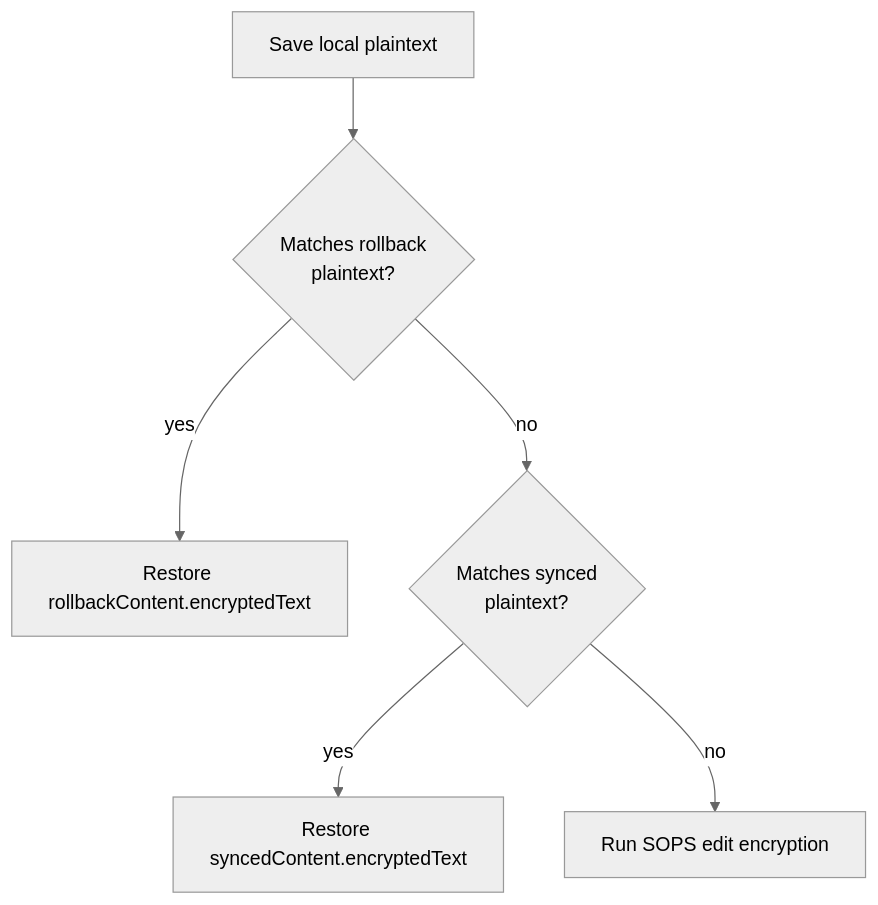
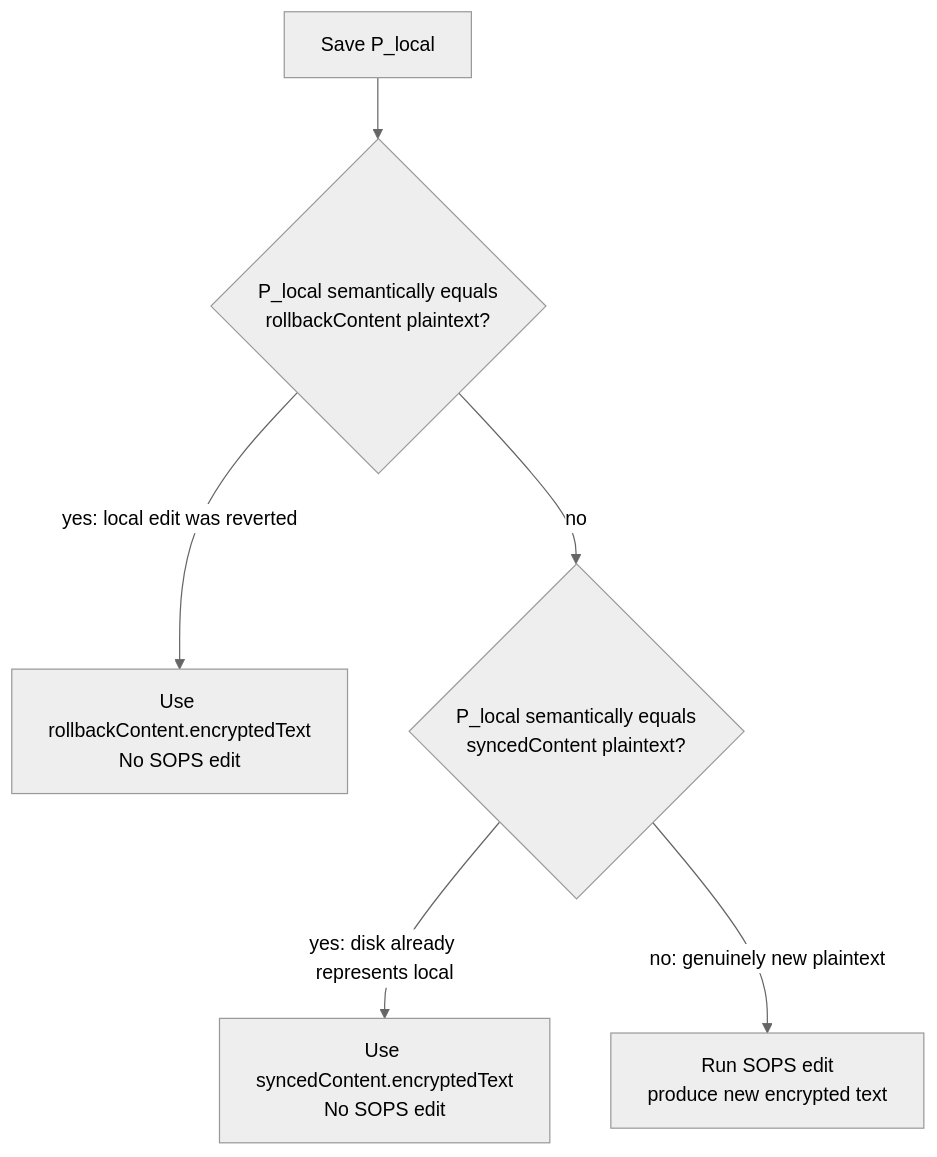
One commit to Blarc/sops-intellij-plugin changed the sixth of 6 diagrams in src/main/kotlin/com/github/blarc/sops/intellij/plugin/providers/README.md. Above: the diagram before and after it, drawn with Mermaid (neutral theme). The commit also changed other lines of this file and 2 other files, not shown here.

````diff
--- a/src/main/kotlin/com/github/blarc/sops/intellij/plugin/providers/README.md
+++ b/src/main/kotlin/com/github/blarc/sops/intellij/plugin/providers/README.md
@@ -82,8 +166,15 @@
 ```mermaid
 flowchart TD
-    save[Save local plaintext] --> rollbackMatch{Matches rollback<br/>plaintext?}
-    rollbackMatch -->|yes| restoreRollback[Restore rollbackContent.encryptedText]
-    rollbackMatch -->|no| syncedMatch{Matches synced<br/>plaintext?}
-    syncedMatch -->|yes| restoreSynced[Restore syncedContent.encryptedText]
-    syncedMatch -->|no| encrypt[Run SOPS edit encryption]
+    save["Save P_local"]
+    rollbackMatch{"P_local semantically equals<br/>rollbackContent plaintext?"}
+    restoreRollback["Use rollbackContent.encryptedText<br/>No SOPS edit"]
+    syncedMatch{"P_local semantically equals<br/>syncedContent plaintext?"}
+    preserveSynced["Use syncedContent.encryptedText<br/>No SOPS edit"]
+    encrypt["Run SOPS edit<br/>produce new encrypted text"]
+
+    save --> rollbackMatch
+    rollbackMatch -->|yes: local edit was reverted| restoreRollback
+    rollbackMatch -->|no| syncedMatch
+    syncedMatch -->|yes: disk already represents local| preserveSynced
+    syncedMatch -->|no: genuinely new plaintext| encrypt
 ```
````
